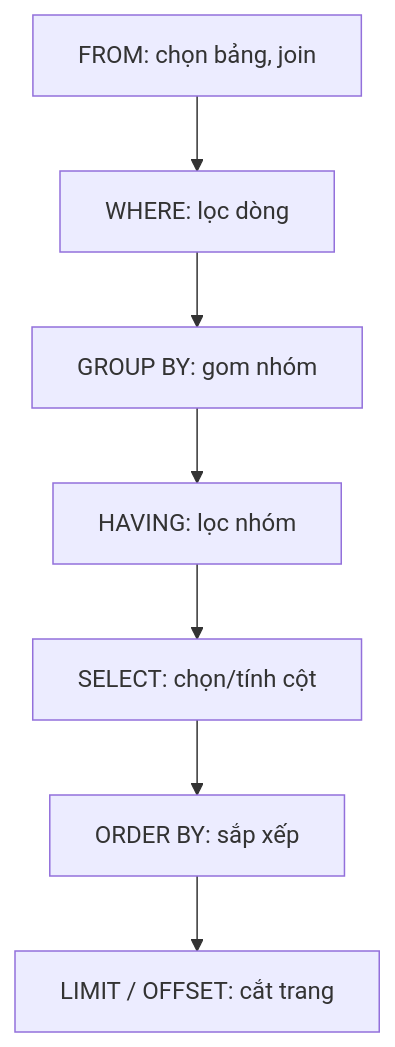
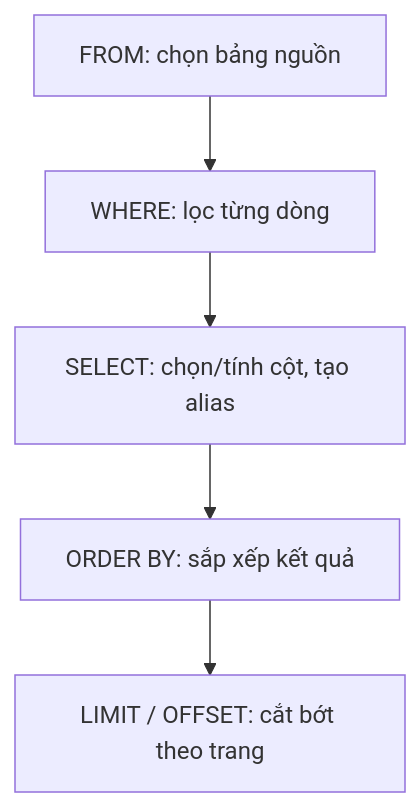
Before and after one commit to iamrealBi/learning-hub-v2: the diagram in docs/p2-du-lieu/sql-nen-tang.md, drawn with Mermaid. The commit also changed other lines of this file and 13 other files, not shown here.

````diff
--- a/docs/p2-du-lieu/sql-nen-tang.md
+++ b/docs/p2-du-lieu/sql-nen-tang.md
@@ -44,9 +842,7 @@
 ```mermaid
 flowchart TD
-    A[FROM: chọn bảng, join] --> B[WHERE: lọc dòng]
-    B --> C[GROUP BY: gom nhóm]
-    C --> D[HAVING: lọc nhóm]
-    D --> E[SELECT: chọn/tính cột]
-    E --> F[ORDER BY: sắp xếp]
-    F --> G[LIMIT / OFFSET: cắt trang]
+    A[FROM: chọn bảng nguồn] --> B[WHERE: lọc từng dòng]
+    B --> C[SELECT: chọn/tính cột, tạo alias]
+    C --> D[ORDER BY: sắp xếp kết quả]
+    D --> E[LIMIT / OFFSET: cắt bớt theo trang]
 ```
````
